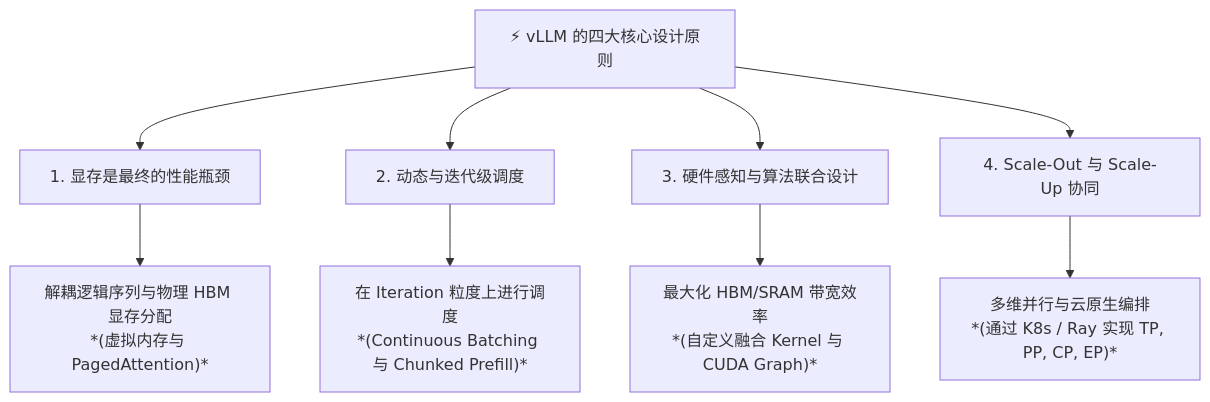
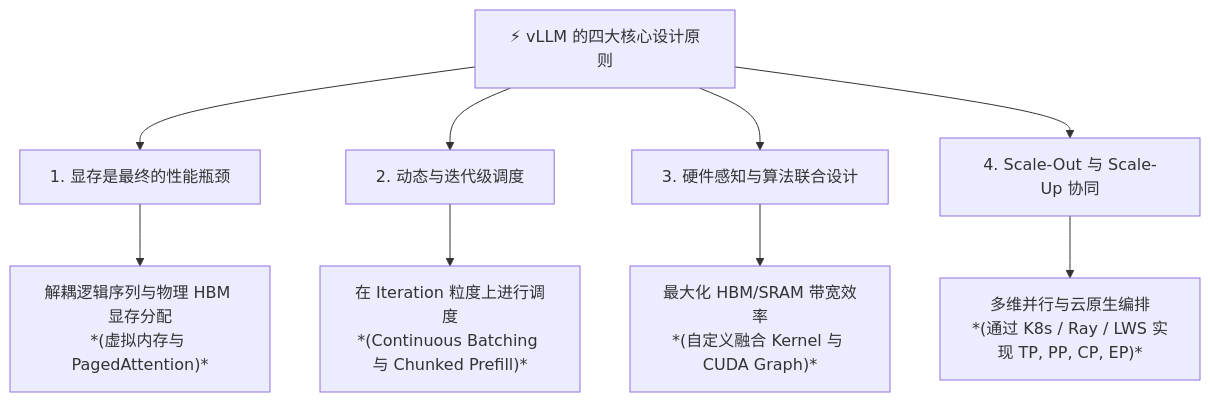
The diagram in docs/zh/index.md (Marinette101/vllm-learning-notes), drawn with Mermaid before and after one commit. The commit also changed other lines of this file and 5 other files, not shown here.

````diff
--- a/docs/zh/index.md
+++ b/docs/zh/index.md
@@ -11,16 +11,16 @@
 ```mermaid
 flowchart TD
     ROOT["⚡ vLLM 的四大核心设计原则"]
     
     ROOT --> P1["1. 显存是最终的性能瓶颈"]
     P1 --> S1["解耦逻辑序列与物理 HBM 显存分配<br>*(虚拟内存与 PagedAttention)*"]
     
     ROOT --> P2["2. 动态与迭代级调度"]
     P2 --> S2["在 Iteration 粒度上进行调度<br>*(Continuous Batching 与 Chunked Prefill)*"]
     
     ROOT --> P3["3. 硬件感知与算法联合设计"]
     P3 --> S3["最大化 HBM/SRAM 带宽效率<br>*(自定义融合 Kernel 与 CUDA Graph)*"]
     
     ROOT --> P4["4. Scale-Out 与 Scale-Up 协同"]
-    P4 --> S4["多维并行与云原生编排<br>*(通过 K8s / Ray 实现 TP, PP, CP, EP)*"]
+    P4 --> S4["多维并行与云原生编排<br>*(通过 K8s / Ray / LWS 实现 TP, PP, CP, EP)*"]
 ```
````
